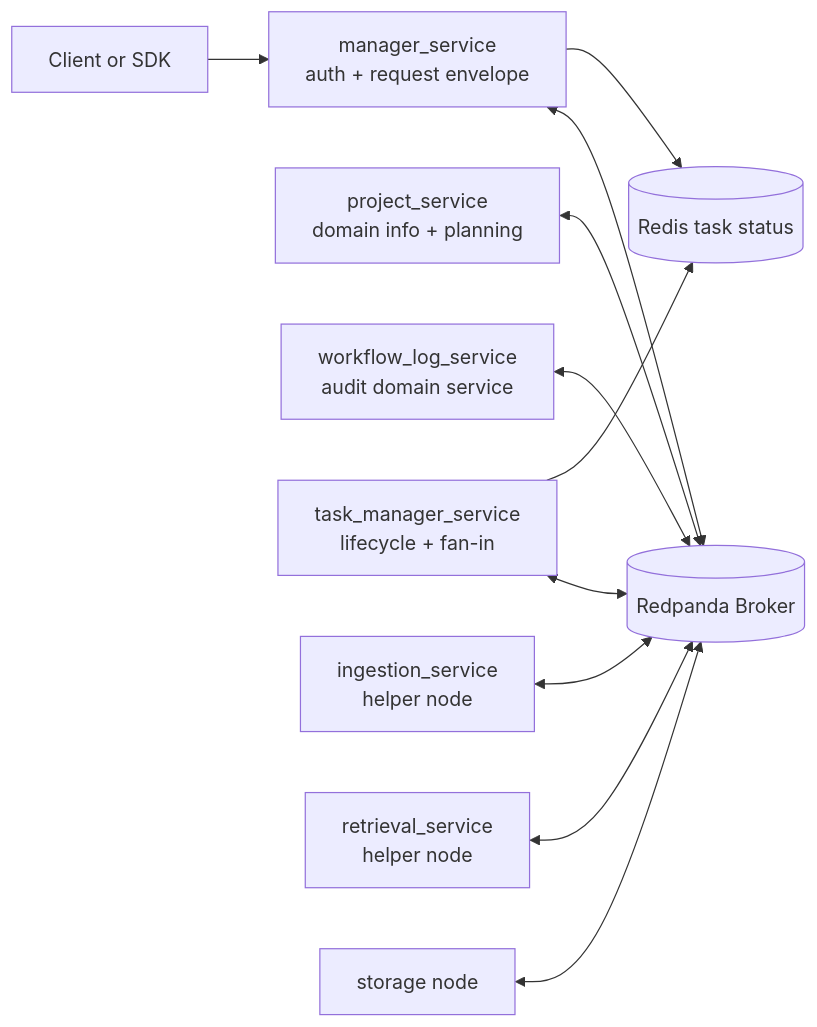
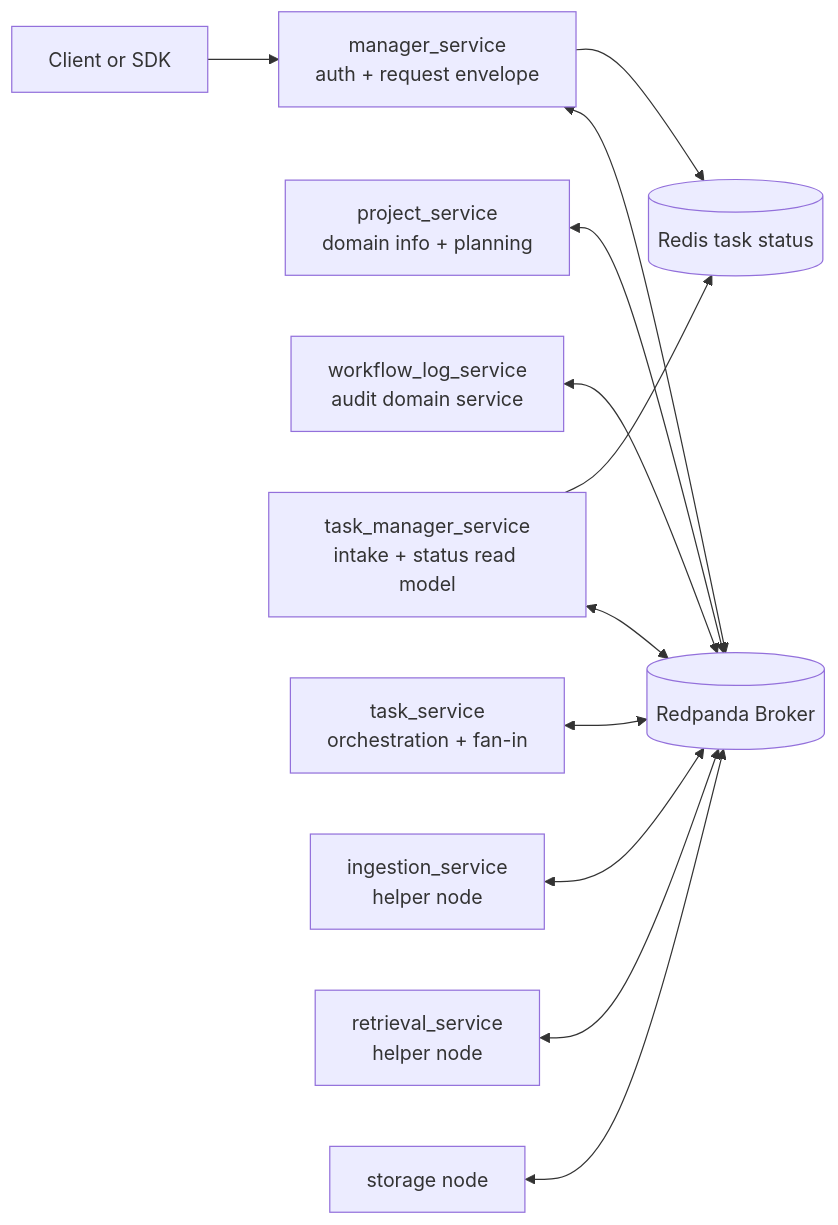
The first of 4 diagrams in README.md (bruuuuuceliu/qdrant_rag_server), drawn with Mermaid before and after one commit. The commit also changed other lines of this file and 324 other files, not shown here.

````diff
--- a/README.md
+++ b/README.md
@@ -40,16 +39,17 @@
 ```mermaid
 flowchart LR
     Client[Client or SDK] --> Manager[manager_service<br/>auth + request envelope]
 
     Broker[(Redpanda Broker)]
 
     Manager <--> Broker
     Project[project_service<br/>domain info + planning] <--> Broker
     Workflow[workflow_log_service<br/>audit domain service] <--> Broker
-    TaskManager[task_manager_service<br/>lifecycle + fan-in] <--> Broker
+    TaskManager[task_manager_service<br/>intake + status read model] <--> Broker
+    TaskService[task_service<br/>orchestration + fan-in] <--> Broker
     Ingestion[ingestion_service<br/>helper node] <--> Broker
     Retrieval[retrieval_service<br/>helper node] <--> Broker
     Storage[storage node] <--> Broker
     TaskManager --> Redis[(Redis task status)]
     Manager --> Redis
 ```
````
